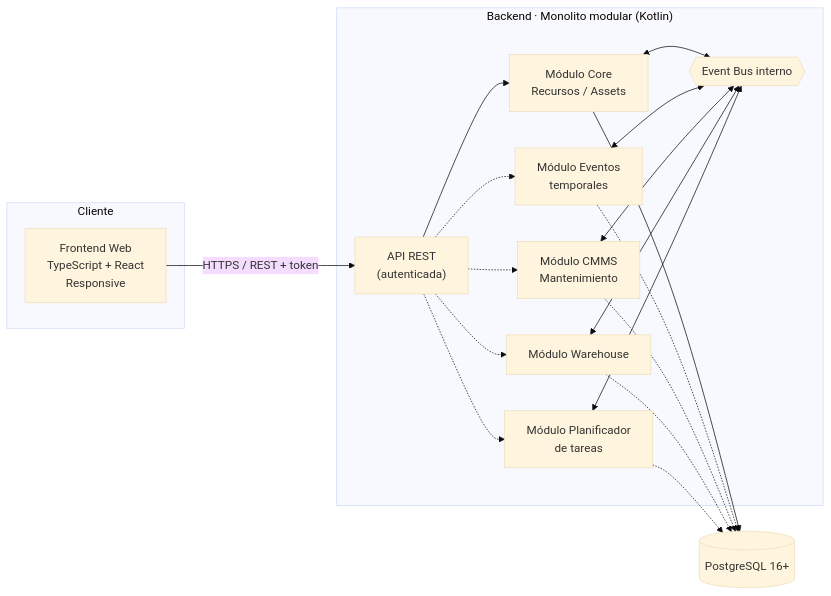
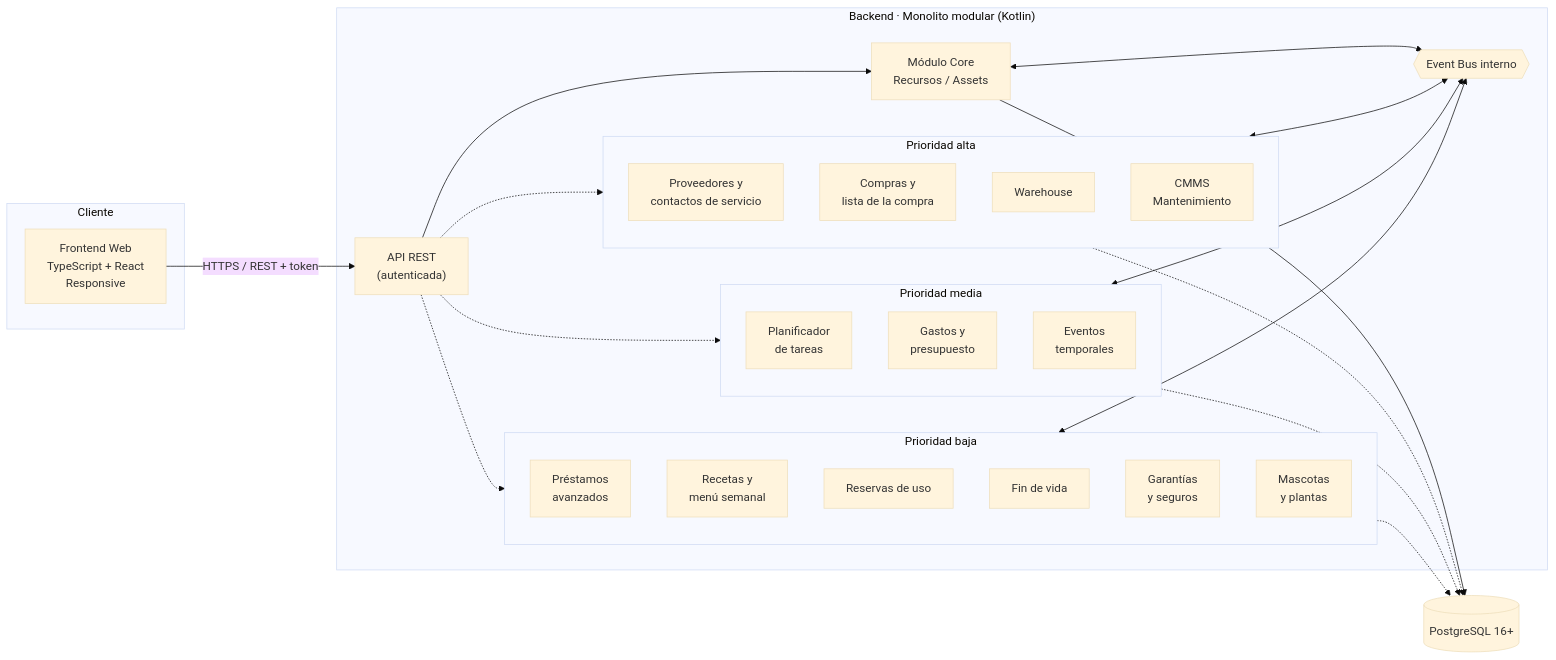
The fourth of 8 diagrams in README.md (kikescribano/domestic_resource_planning), drawn with Mermaid (base theme) before and after one commit. The commit also changed other lines of this file and 1 other file, not shown here.

````diff
--- a/README.md
+++ b/README.md
@@ -601,32 +612,44 @@
 ```mermaid
 graph LR
     subgraph Cliente
         FE["Frontend Web<br/>TypeScript + React<br/>Responsive"]
     end
     subgraph Servidor["Backend · Monolito modular (Kotlin)"]
         API["API REST<br/>(autenticada)"]
         EB{{"Event Bus interno"}}
-        M1["Módulo Core<br/>Recursos / Assets"]
-        M2["Módulo Eventos<br/>temporales"]
-        M3["Módulo CMMS<br/>Mantenimiento"]
-        M4["Módulo Warehouse"]
-        M5["Módulo Planificador<br/>de tareas"]
-        API --> M1
-        API -.-> M2
-        API -.-> M3
-        API -.-> M4
-        API -.-> M5
-        M1 <--> EB
-        M2 <--> EB
-        M3 <--> EB
-        M4 <--> EB
-        M5 <--> EB
+        CORE["Módulo Core<br/>Recursos / Assets"]
+        subgraph ALTA["Prioridad alta"]
+            M1["Proveedores y<br/>contactos de servicio"]
+            M2["Compras y<br/>lista de la compra"]
+            M3["Warehouse"]
+            M4["CMMS<br/>Mantenimiento"]
+        end
+        subgraph MEDIA["Prioridad media"]
+            M5["Planificador<br/>de tareas"]
+            M6["Gastos y<br/>presupuesto"]
+            M7["Eventos<br/>temporales"]
+        end
+        subgraph BAJA["Prioridad baja"]
+            M8["Préstamos<br/>avanzados"]
+            M9["Recetas y<br/>menú semanal"]
+            M10["Reservas de uso"]
+            M11["Fin de vida"]
+            M12["Garantías<br/>y seguros"]
+            M13["Mascotas<br/>y plantas"]
+        end
+        API --> CORE
+        API -.-> ALTA
+        API -.-> MEDIA
+        API -.-> BAJA
+        CORE <--> EB
+        ALTA <--> EB
+        MEDIA <--> EB
+        BAJA <--> EB
     end
     DB[("PostgreSQL 16+")]
     FE -- "HTTPS / REST + token" --> API
-    M1 --> DB
-    M2 -.-> DB
-    M3 -.-> DB
-    M4 -.-> DB
-    M5 -.-> DB
+    CORE --> DB
+    ALTA -.-> DB
+    MEDIA -.-> DB
+    BAJA -.-> DB
 ```
````
